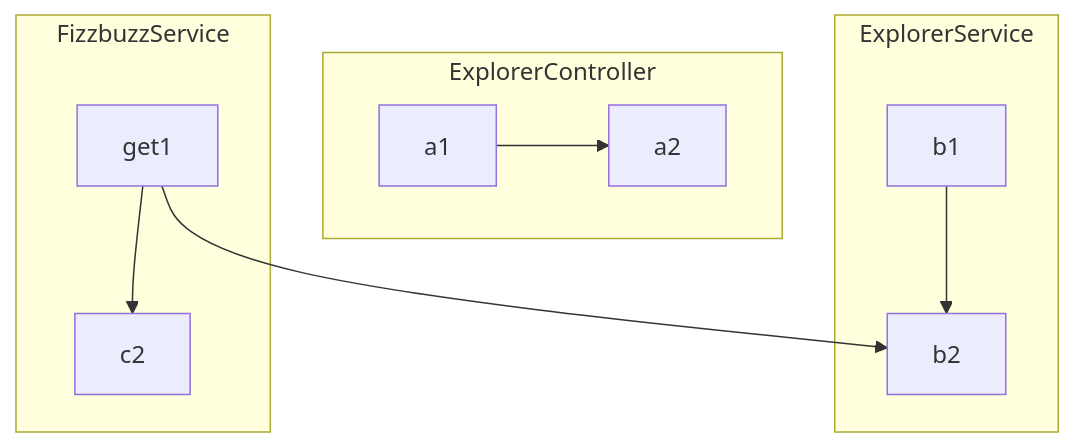
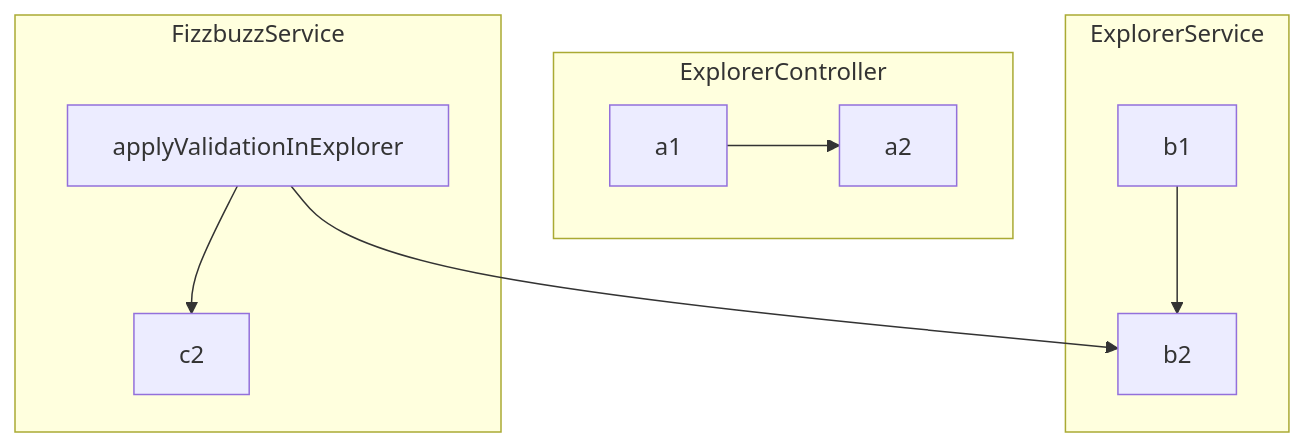
One commit to AliciaGaona/fizzbuzz changed the diagram in README.md. Above: the diagram before and after it, drawn with Mermaid.

````diff
--- a/README.md
+++ b/README.md
@@ -12,13 +12,13 @@
 ```mermaid
 flowchart TB
-    get1-->b2
+    applyValidationInExplorer-->b2
     subgraph ExplorerController
     a1-->a2
     end
     subgraph ExplorerService
     b1-->b2
     end
     subgraph FizzbuzzService
-   get1-->c2
+   applyValidationInExplorer-->c2
     end
 ```
````
